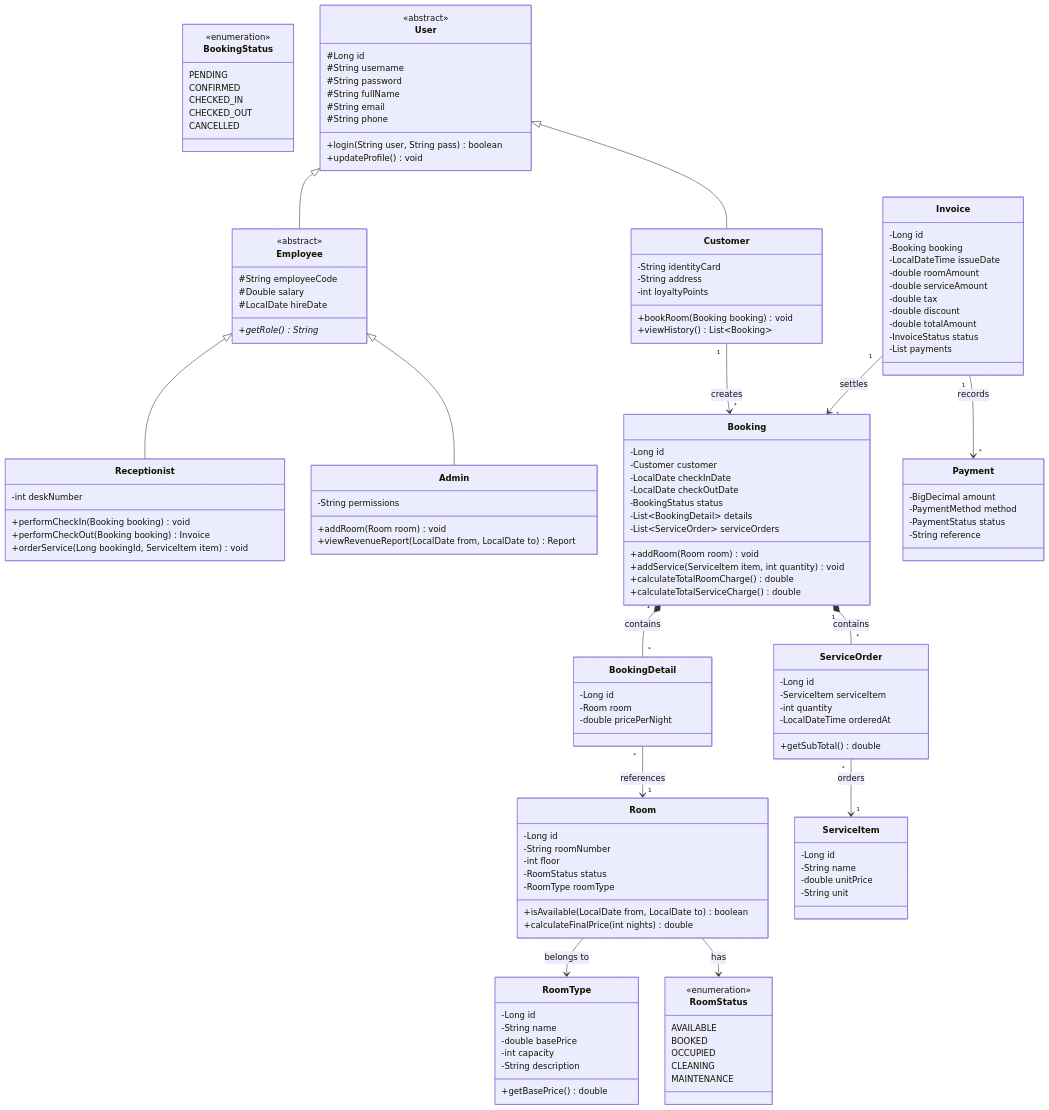
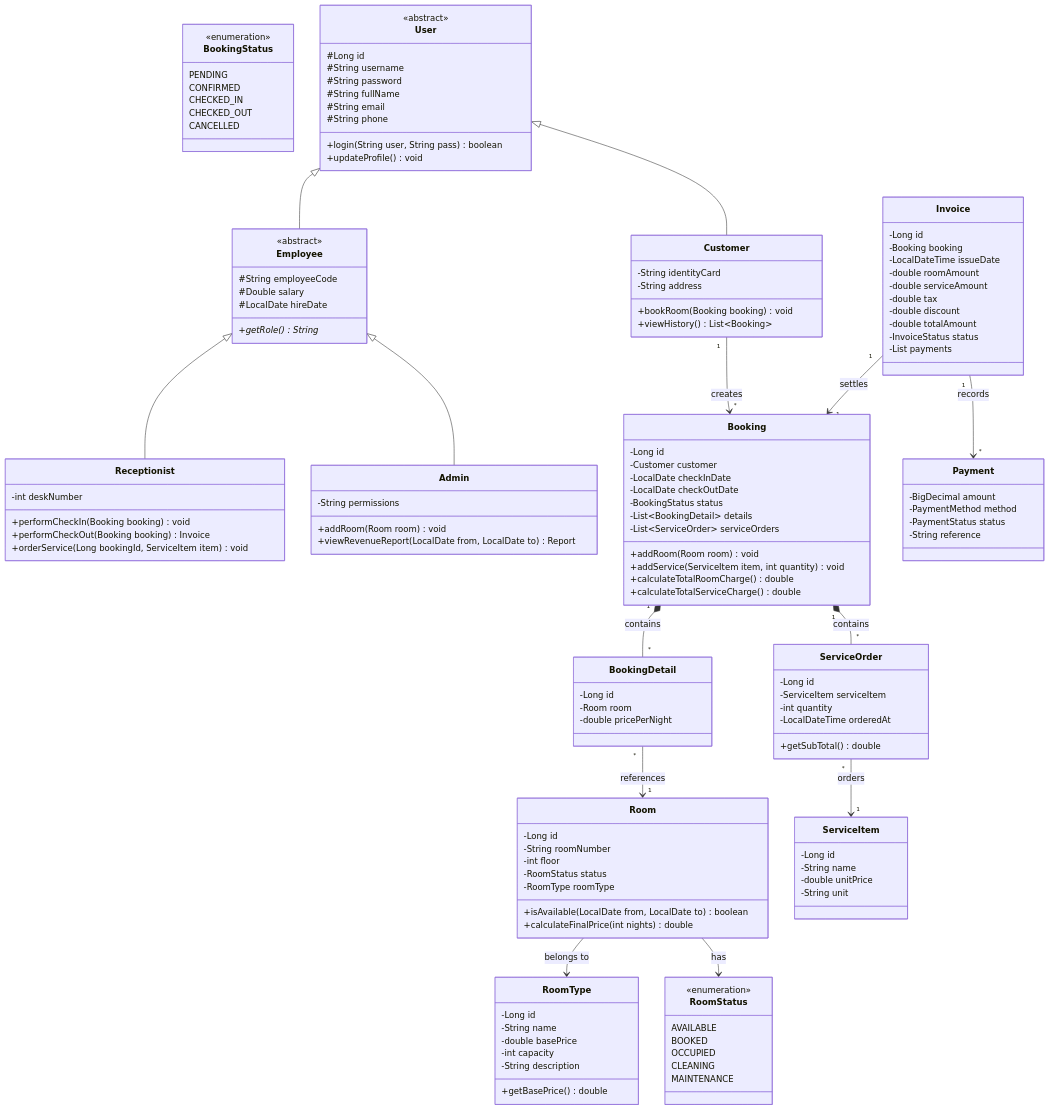
Before and after one commit to levanhoan-sys/hotel_management: the second of 4 diagrams in docs/hotel_management_uml_design.md, drawn with Mermaid. The commit also changed 44 other files, not shown here.

```diff
--- a/docs/hotel_management_uml_design.md
+++ b/docs/hotel_management_uml_design.md
@@ -117,7 +117,6 @@
     class Customer {
         -String identityCard
         -String address
-        -int loyaltyPoints
         +bookRoom(Booking booking) void
         +viewHistory() List~Booking~
     }
```
